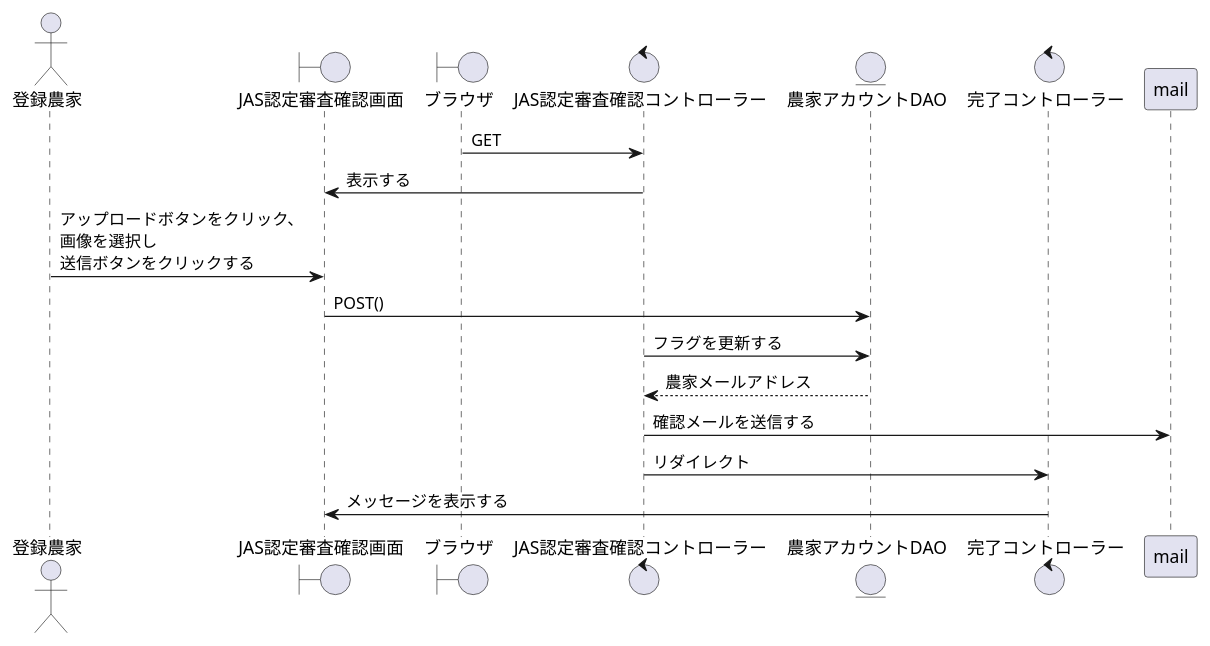
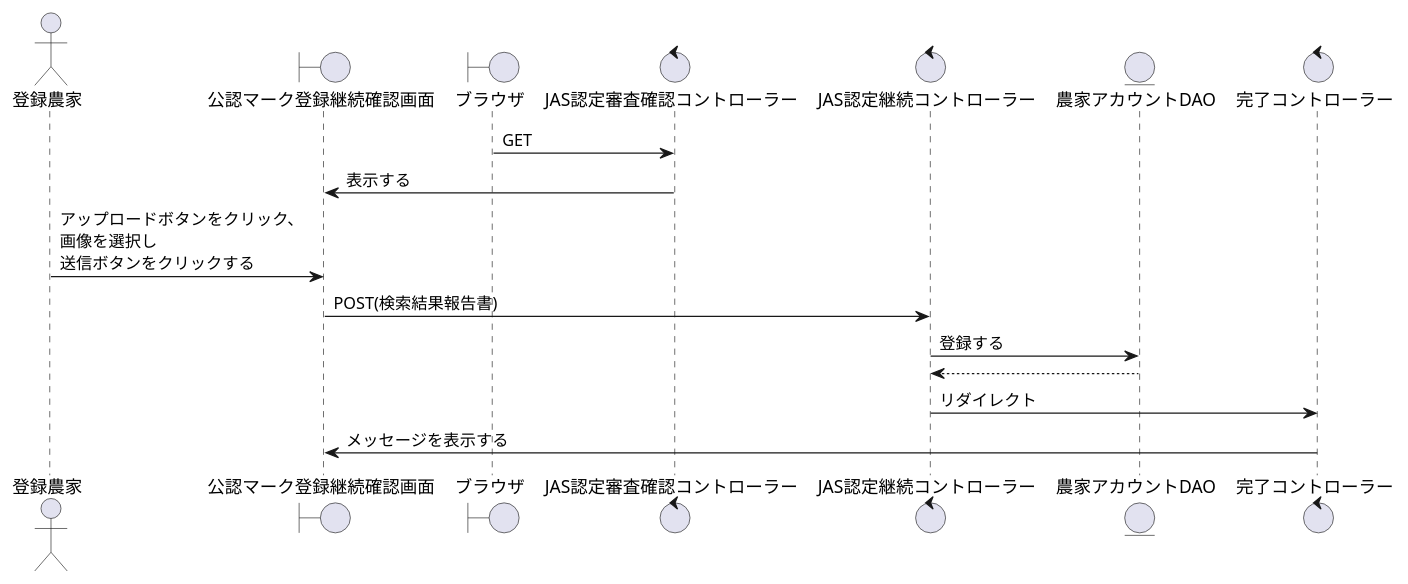
One commit to SK-B-S/PJ changed the diagram in PJ_シーケンス/農家/JAS認定継続.wsd. Above: the diagram before and after it, drawn with PlantUML.

```diff
--- a/PJ_シーケンス/農家/JAS認定継続.wsd
+++ b/PJ_シーケンス/農家/JAS認定継続.wsd
@@ -1,22 +1,22 @@
 @startuml JAS認定審査表示
 
 actor    "登録農家" as act
-boundary "JAS認定審査確認画面" as JAS_s
+boundary "公認マーク登録継続確認画面" as JAS_s
 boundary "ブラウザ" as brz
 control  "JAS認定審査確認コントローラー" as Acquisition_c
+control  "JAS認定継続コントローラー" as b_c
 entity   "農家アカウントDAO" as Farmer_DAO
 control  "完了コントローラー" as completion_c
 
 '-------------------------------------------------------------------------------------------
 
 brz -> Acquisition_c : GET
 JAS_s <- Acquisition_c : 表示する
 act -> JAS_s : アップロードボタンをクリック、\n画像を選択し\n送信ボタンをクリックする
-JAS_s -> Farmer_DAO : POST()
-Acquisition_c -> Farmer_DAO : フラグを更新する
-Farmer_DAO --> Acquisition_c : 農家メールアドレス
-Acquisition_c -> mail : 確認メールを送信する
-Acquisition_c -> completion_c : リダイレクト
+JAS_s -> b_c : POST(検索結果報告書)
+b_c -> Farmer_DAO : 登録する
+b_c <-- Farmer_DAO :
+b_c -> completion_c : リダイレクト
 completion_c -> JAS_s : メッセージを表示する
 
 @enduml
```
